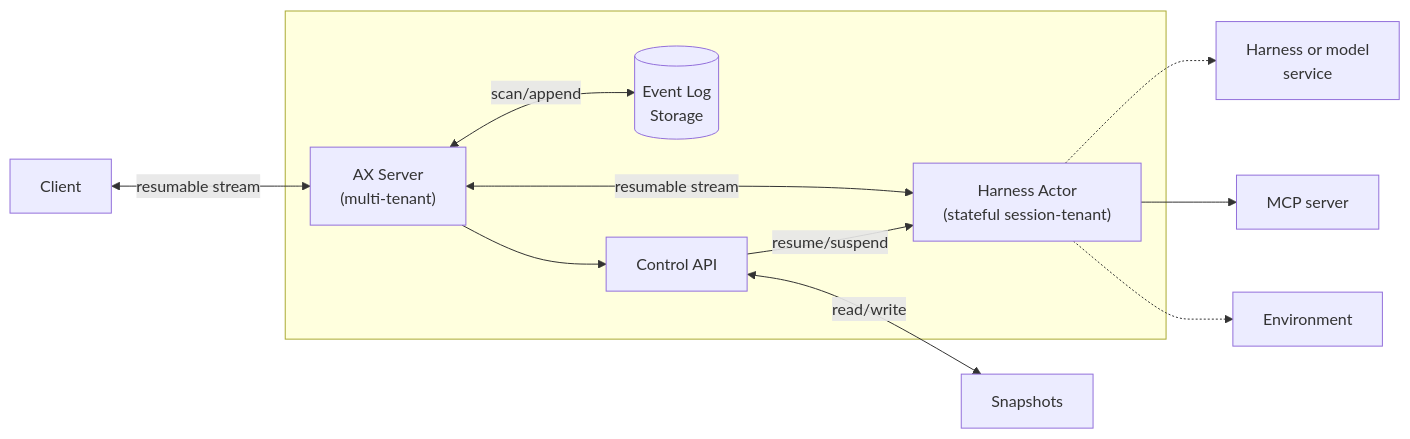
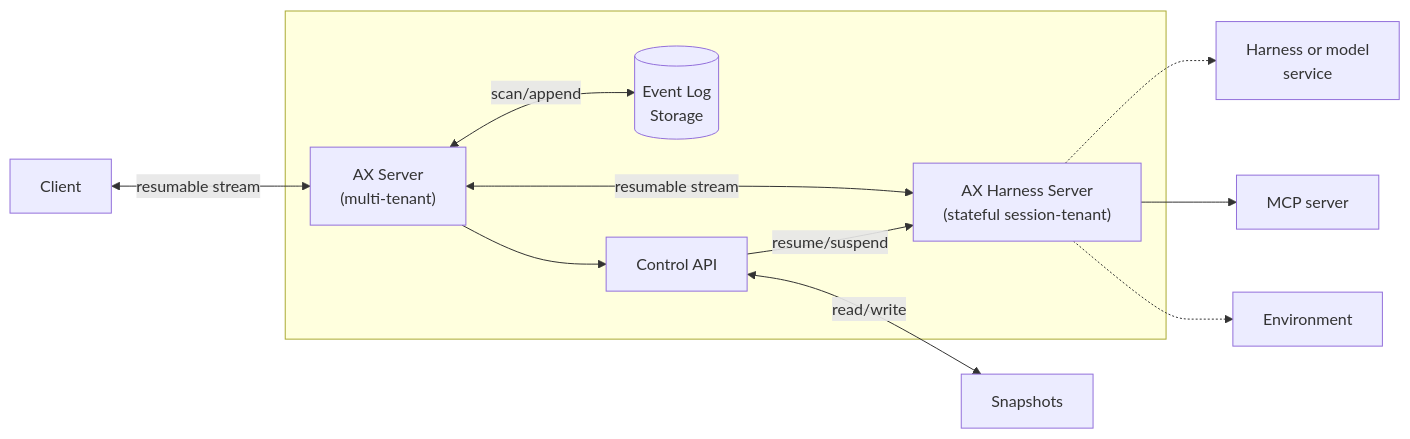
One commit to google/ax changed the diagram in README.md. Above: the diagram before and after it, drawn with Mermaid.

Commit message:
Rename Harness Service to AX Harness Server
To keep the style consistent with AX Server

````diff
--- a/README.md
+++ b/README.md
@@ -44,26 +44,26 @@
 ```mermaid
 %%{init: {"flowchart": {"diagramPadding": 80}}}%%
 graph LR
     Client
 
     subgraph Cluster[" "]
         Server["AX Server<br/>(multi-tenant)"]
         DB[("Event Log"<br/>Storage)]
         ControlService["Control API"]
-        Actor["Harness Actor<br/>(stateful session-tenant)"]
+        Actor["AX Harness Server<br/>(stateful session-tenant)"]
     end
 
     SnapshotService["Snapshots"]
     HarnessService["Harness or model<br/>service"]
     MCPServer["MCP server"]
 
     Client <-->|resumable stream| Server
     Server <-->|scan/append| DB
     Server --> ControlService
     ControlService -->|resume/suspend| Actor
     Server <-->|resumable stream| Actor
     ControlService <-->|read/write| SnapshotService
     Actor -.-> HarnessService
     Actor --> MCPServer
     Actor -.-> Environment
 ```
````
